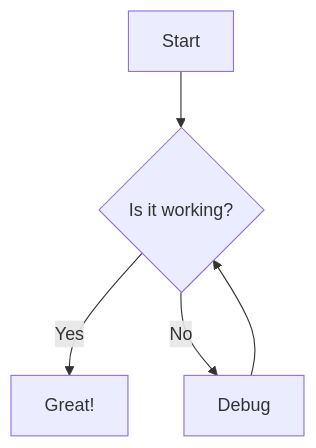
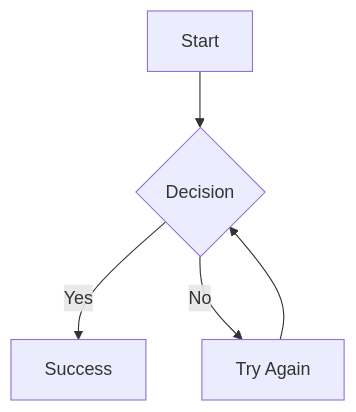
Before and after one commit to aaronsb/markdown-mixed-media: the diagram in README.md, drawn with Mermaid. The commit also changed other lines of this file and 8 other files, not shown here.

First line of the commit message:
feat: simplify mermaid rendering and add interactive font selection for PDFs

````diff
--- a/README.md
+++ b/README.md
@@ -177,7 +207,7 @@
 ```mermaid
 graph TD
-    A[Start] --> B{Is it working?}
-    B -->|Yes| C[Great!]
-    B -->|No| D[Debug]
+    A[Start] --> B{Decision}
+    B -->|Yes| C[Success]
+    B -->|No| D[Try Again]
     D --> B
 ```
````
